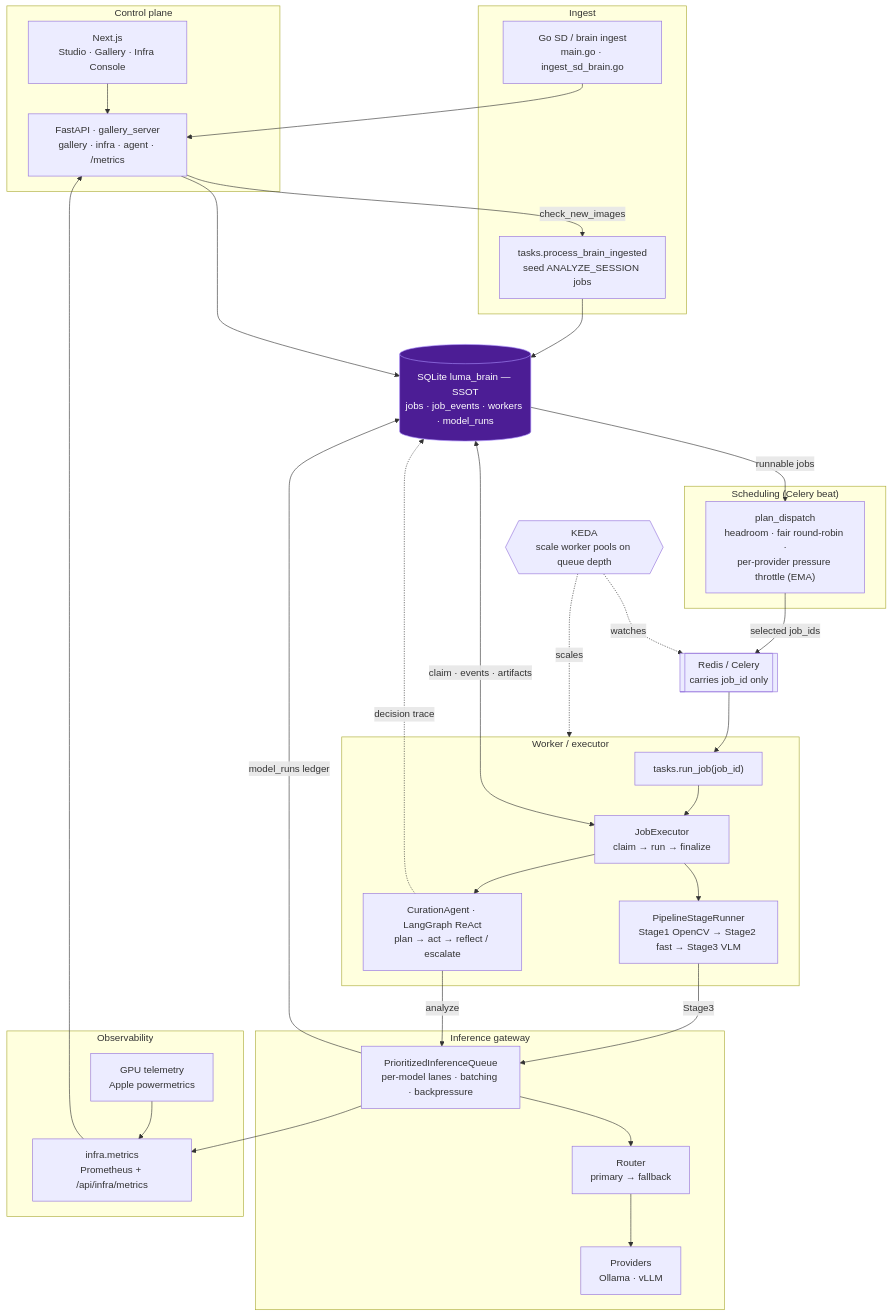
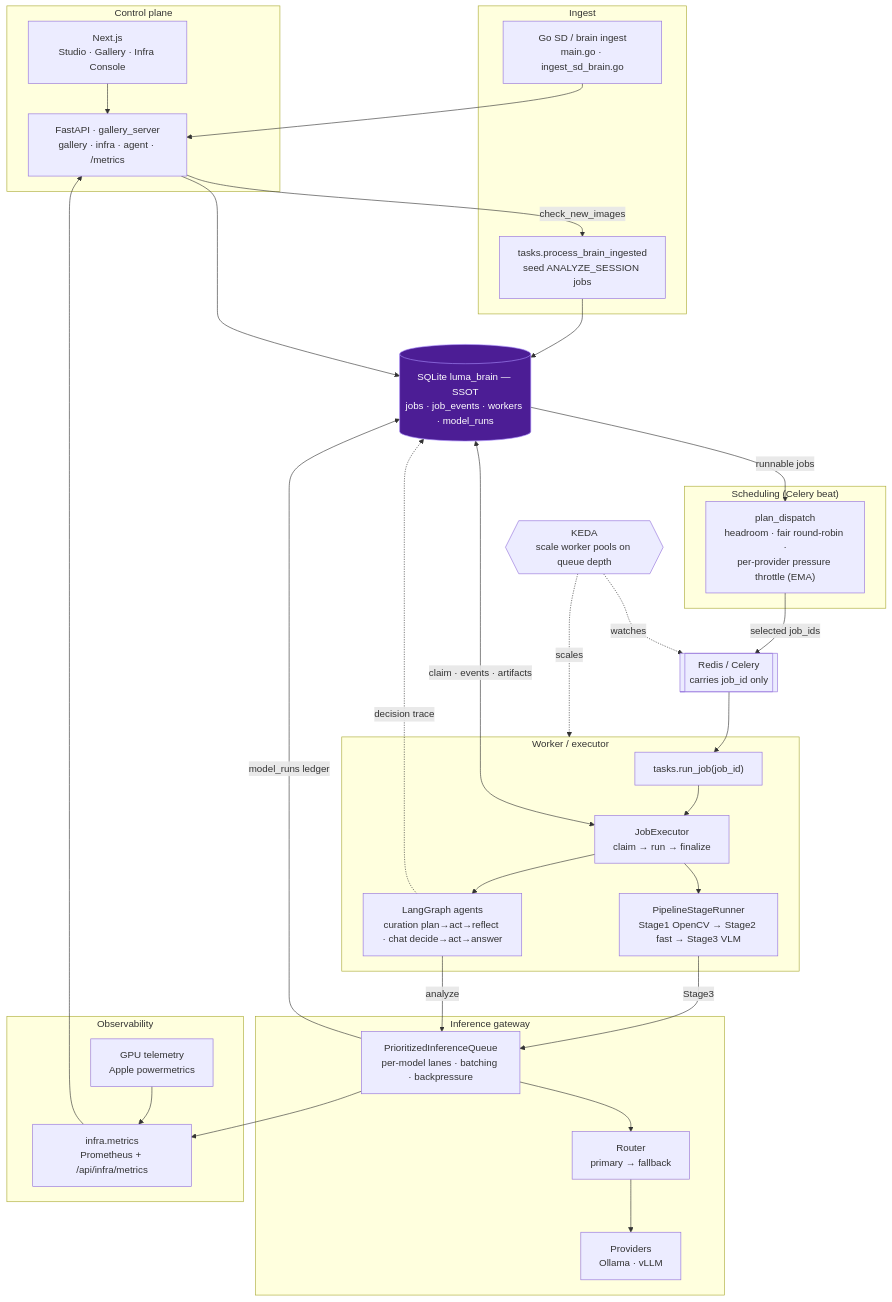
One commit to postrockicecola/livehouse-photo-agent changed the diagram in README.md. Above: the diagram before and after it, drawn with Mermaid. The commit also changed 5 other files, not shown here.

First line of the commit message:
Run gallery chat on a LangGraph decide→act→answer subgraph.

````diff
--- a/README.md
+++ b/README.md
@@ -35,65 +35,65 @@
 ```mermaid
 flowchart TB
   subgraph INGEST["Ingest"]
     GO["Go SD / brain ingest<br/>main.go · ingest_sd_brain.go"]
     SEED["tasks.process_brain_ingested<br/>seed ANALYZE_SESSION jobs"]
   end
 
   subgraph CP["Control plane"]
     API["FastAPI · gallery_server<br/>gallery · infra · agent · /metrics"]
     UI["Next.js<br/>Studio · Gallery · Infra Console"]
   end
 
   DB[("SQLite luma_brain — SSOT<br/>jobs · job_events · workers · model_runs")]
 
   subgraph SCHED["Scheduling (Celery beat)"]
     PLAN["plan_dispatch<br/>headroom · fair round-robin ·<br/>per-provider pressure throttle (EMA)"]
   end
 
   REDIS[["Redis / Celery<br/>carries job_id only"]]
 
   subgraph EXEC["Worker / executor"]
     RUN["tasks.run_job(job_id)"]
     EXE["JobExecutor<br/>claim → run → finalize"]
     PIPE["PipelineStageRunner<br/>Stage1 OpenCV → Stage2 fast → Stage3 VLM"]
-    AGENT["CurationAgent · LangGraph ReAct<br/>plan → act → reflect / escalate"]
+    AGENT["LangGraph agents<br/>curation plan→act→reflect · chat decide→act→answer"]
   end
 
   subgraph INFER["Inference gateway"]
     IQ["PrioritizedInferenceQueue<br/>per-model lanes · batching · backpressure"]
     ROUTER["Router<br/>primary → fallback"]
     PROV["Providers<br/>Ollama · vLLM"]
   end
 
   subgraph OBS["Observability"]
     METRICS["infra.metrics<br/>Prometheus + /api/infra/metrics"]
     GPU["GPU telemetry<br/>Apple powermetrics"]
   end
 
   KEDA{{"KEDA<br/>scale worker pools on queue depth"}}
 
   GO --> API
   API -->|check_new_images| SEED --> DB
   UI --> API --> DB
 
   DB -->|runnable jobs| PLAN
   PLAN -->|selected job_ids| REDIS --> RUN --> EXE
   EXE <-->|claim · events · artifacts| DB
   EXE --> PIPE
   EXE --> AGENT
   AGENT -.->|decision trace| DB
 
   PIPE -->|Stage3| IQ
   AGENT -->|analyze| IQ
   IQ --> ROUTER --> PROV
   IQ -->|model_runs ledger| DB
 
   IQ --> METRICS
   GPU --> METRICS
   METRICS --> API
   KEDA -. watches .-> REDIS
   KEDA -. scales .-> EXEC
 
   classDef ssot fill:#4c1d95,stroke:#a78bfa,color:#fff;
   class DB ssot;
 ```
````
